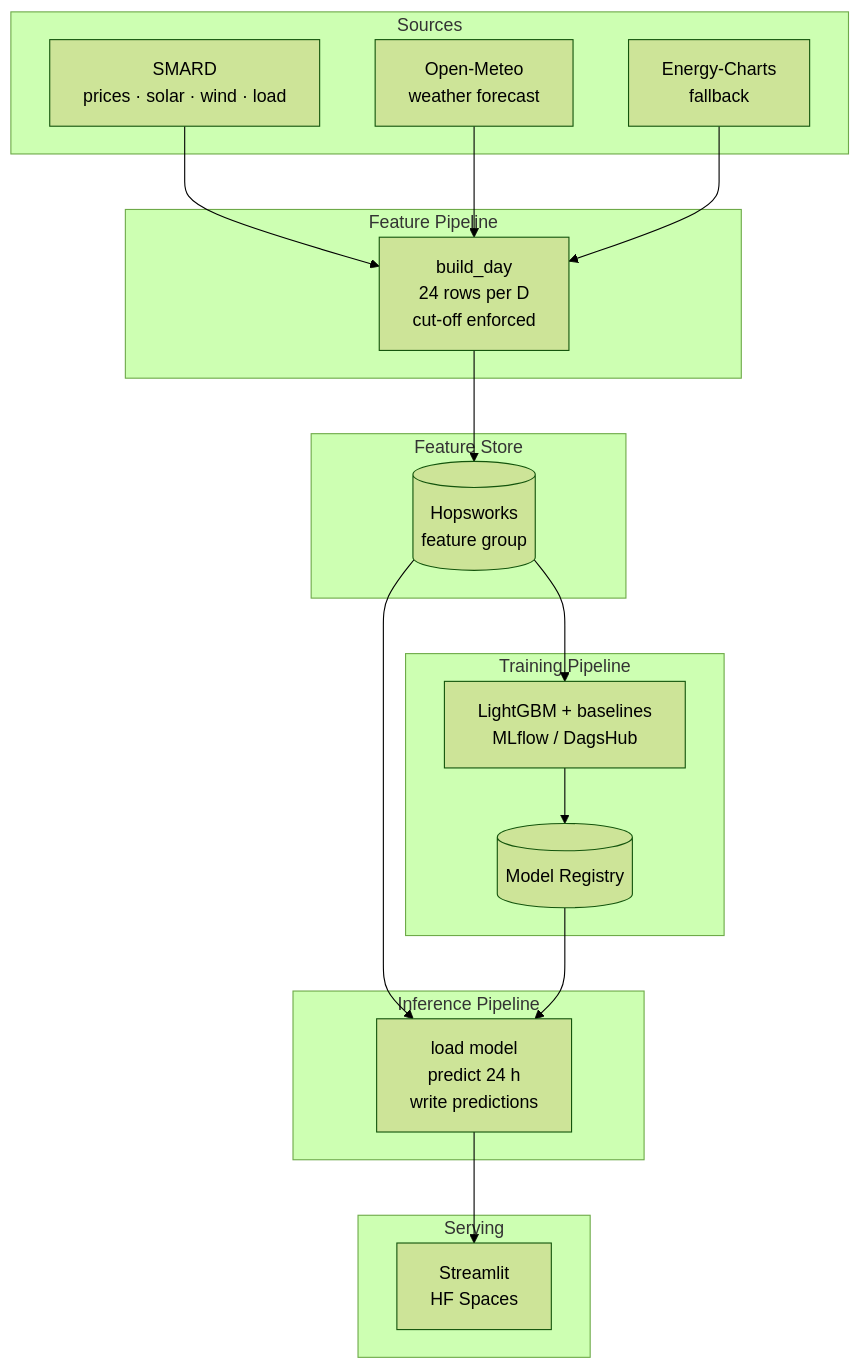
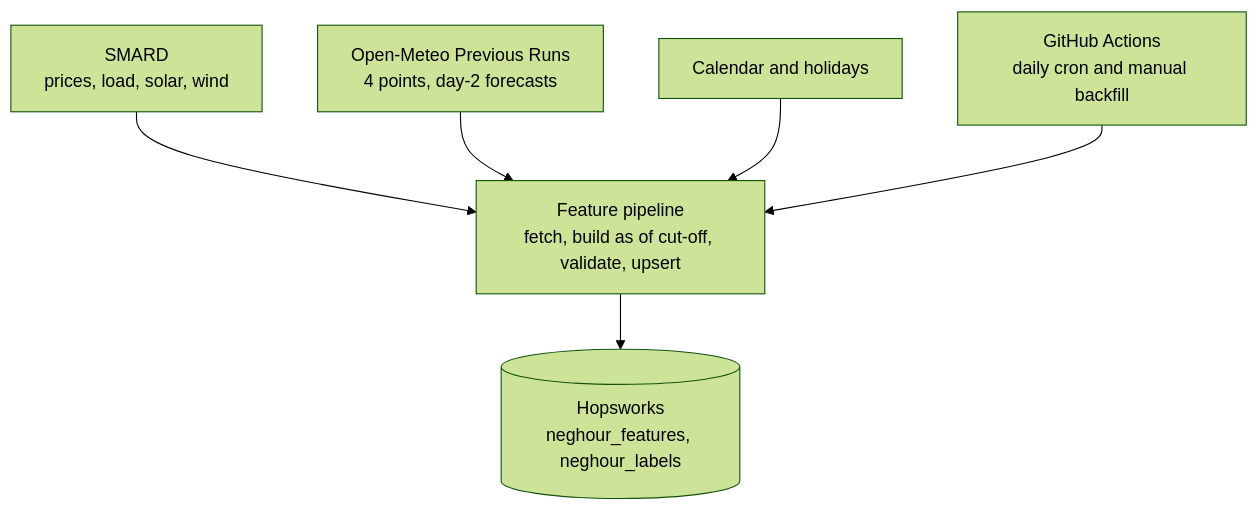
Before and after one commit to CorsinAI/MLOPS-Project-HSLU-HS-26: the diagram in README.md, drawn with Mermaid (forest theme). The commit also changed other lines of this file, not shown here.

Commit message:
docs: update README for the feature pipeline

````diff
--- a/README.md
+++ b/README.md
@@ -15,33 +39,9 @@
 ```mermaid
 flowchart TD
-    subgraph Sources
-        S1[SMARD\nprices · solar · wind · load]
-        S2[Open-Meteo\nweather forecast]
-        S3[Energy-Charts\nfallback]
-    end
-
-    subgraph Feature Pipeline
-        FP[build_day\n24 rows per D\ncut-off enforced]
-    end
-
-    subgraph Feature Store
-        FS[(Hopsworks\nfeature group)]
-    end
-
-    subgraph Training Pipeline
-        TP[LightGBM + baselines\nMLflow / DagsHub]
-        MR[(Model Registry)]
-    end
-
-    subgraph Inference Pipeline
-        IP[load model\npredict 24 h\nwrite predictions]
-    end
-
-    subgraph Serving
-        APP[Streamlit\nHF Spaces]
-    end
-
-    S1 & S2 & S3 --> FP --> FS
-    FS --> TP --> MR
-    FS & MR --> IP --> APP
+    S1[SMARD<br/>prices, load, solar, wind] --> FP
+    S2[Open-Meteo Previous Runs<br/>4 points, day-2 forecasts] --> FP
+    S3[Calendar and holidays] --> FP
+    FP[Feature pipeline<br/>fetch, build as of cut-off, validate, upsert] --> FS
+    FS[(Hopsworks<br/>neghour_features, neghour_labels)]
+    GH[GitHub Actions<br/>daily cron and manual backfill] --> FP
 ```
````
